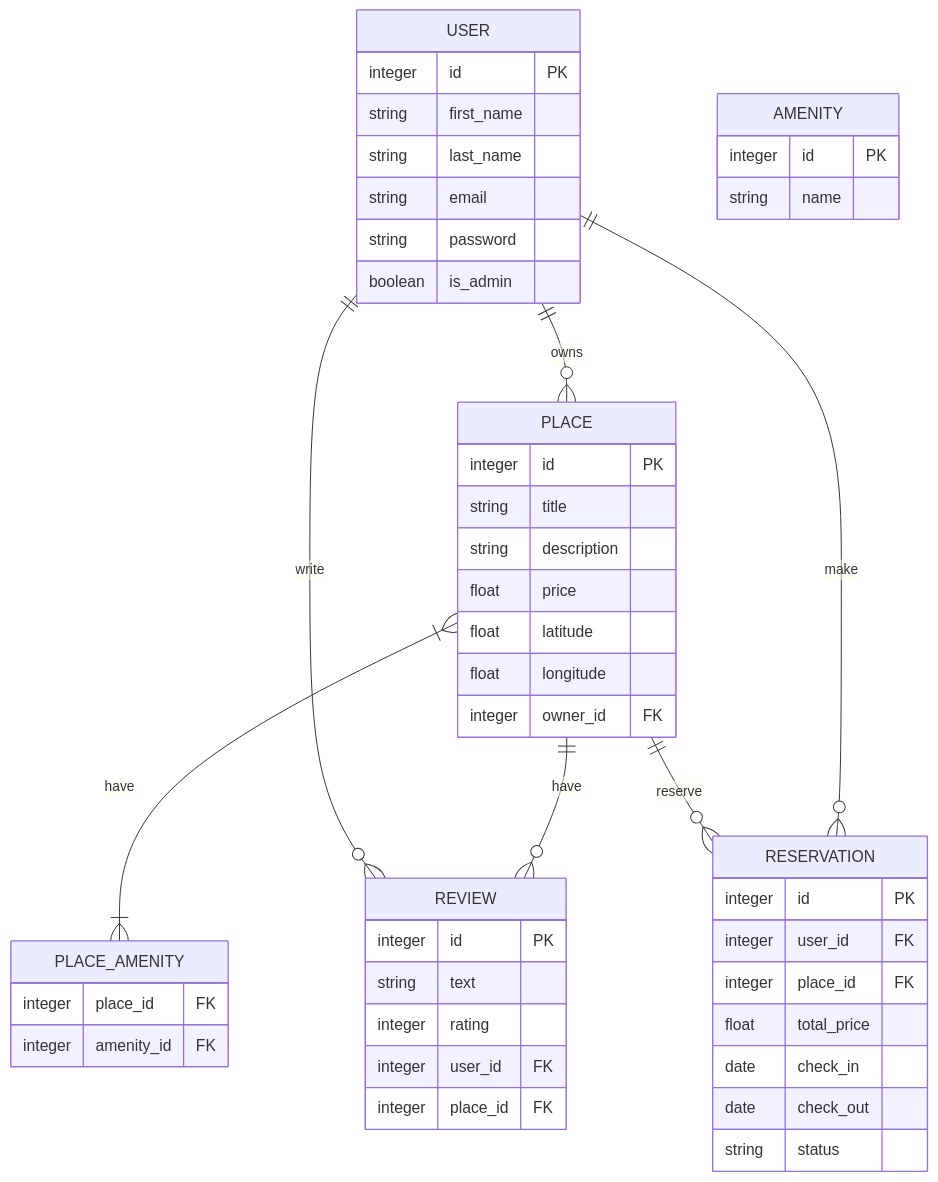
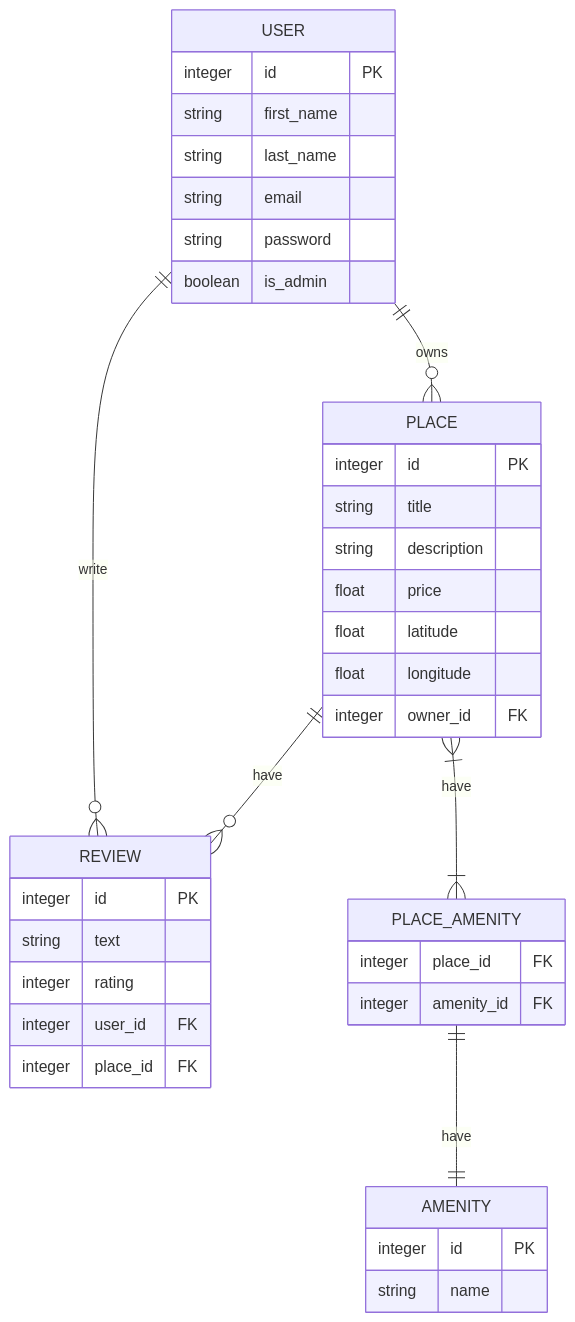
The diagram in part3/hbnb/README.md (ForgetG/holbertonschool-hbnb), drawn with Mermaid before and after one commit.

Commit message:
updated er diagram

````diff
--- a/part3/hbnb/README.md
+++ b/part3/hbnb/README.md
@@ -72,50 +72,40 @@
 ```mermaid
 erDiagram
 USER ||--o{ PLACE : owns
 USER {
     integer id PK
     string first_name
     string last_name
     string email
     string password
     boolean is_admin
 }
 PLACE ||--o{ REVIEW : have
 PLACE{
     integer id PK
     string title
     string description
     float price
     float latitude
     float longitude
     integer owner_id FK
 }
 USER ||--o{ REVIEW : write
 REVIEW {
     integer id PK
     string text
     integer rating
     integer user_id FK
     integer place_id FK
 }
 PLACE }|--|{ PLACE_AMENITY : have
 AMENITY {
     integer id PK
     string name
 }
 PLACE_AMENITY {
     integer place_id FK
     integer amenity_id FK
 }
-USER ||--o{ RESERVATION : make
-RESERVATION {
-    integer id PK
-    integer user_id FK
-    integer place_id FK
-    float total_price
-    date check_in
-    date check_out
-    string status
-}
-PLACE ||--o{ RESERVATION : reserve
+PLACE_AMENITY ||--|| AMENITY : have
 ```
````
